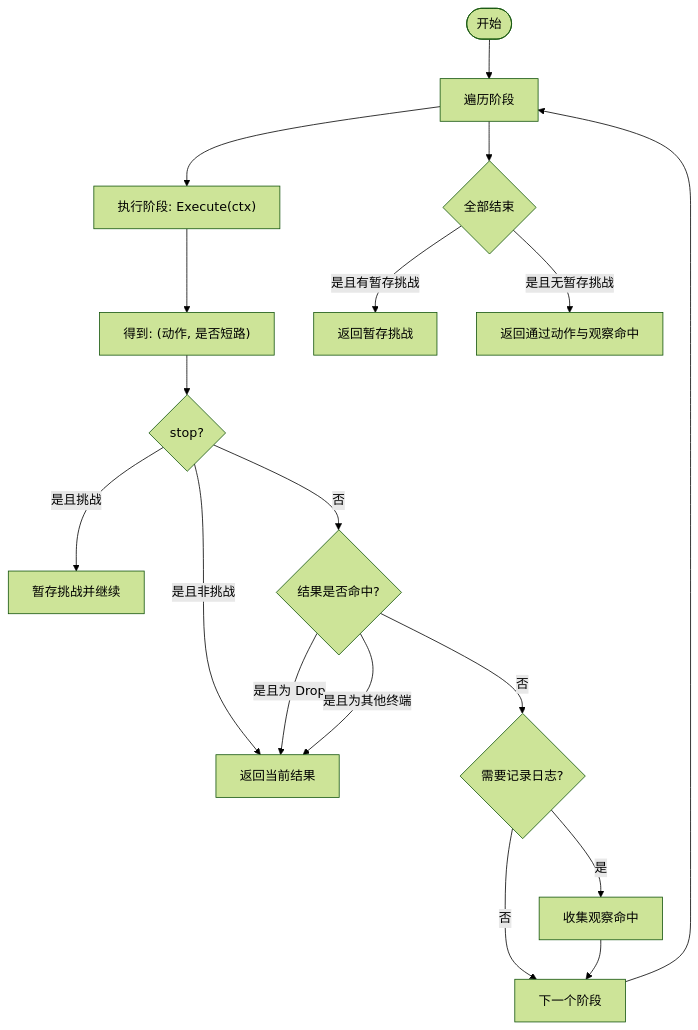
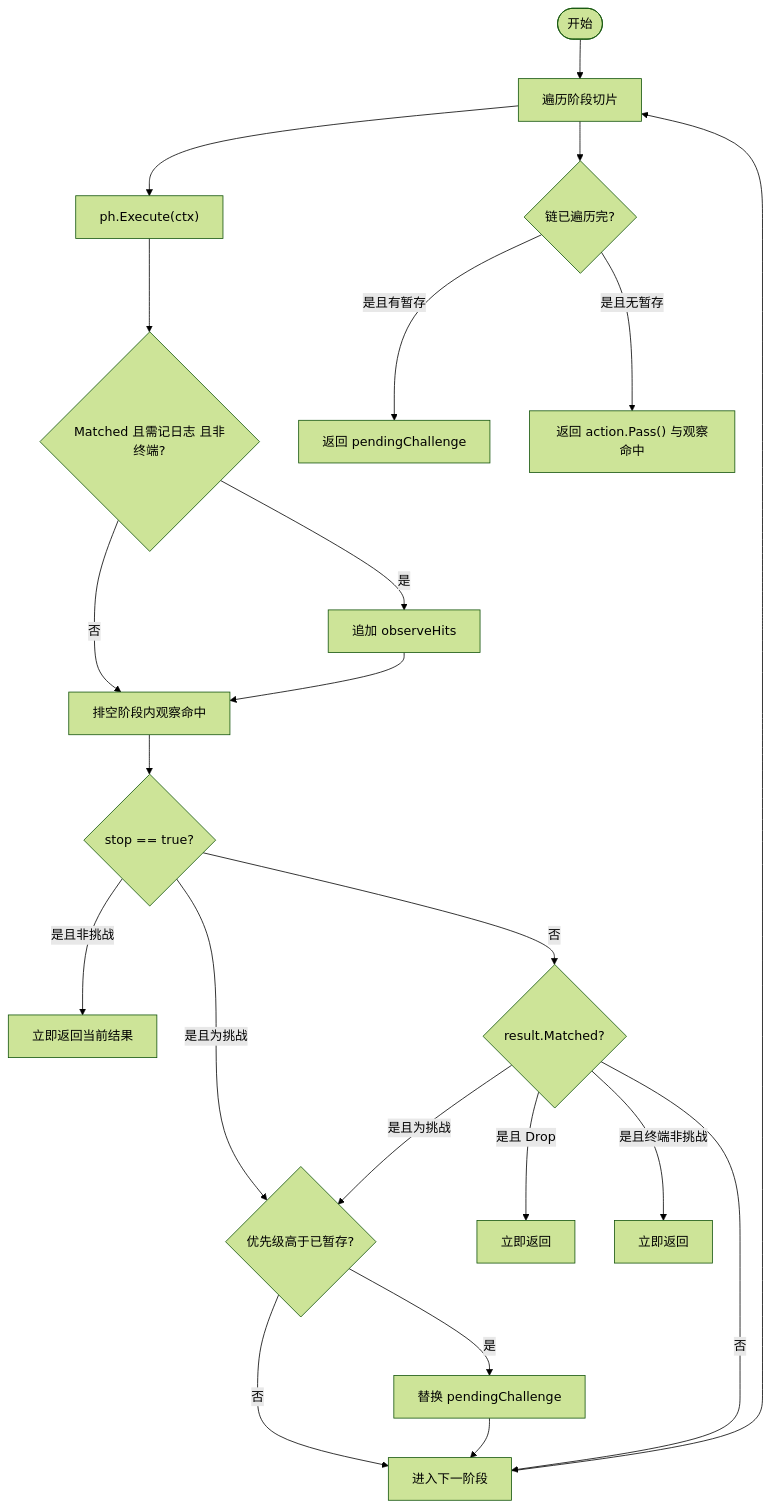
The fifth of 9 diagrams in docs/WAF 引擎系统/引擎核心架构/管道执行机制.md (x01n/My-OpenWaf), drawn with Mermaid (forest theme) before and after one commit. The commit also changed other lines of this file and 622 other files, not shown here.

````diff
--- a/docs/WAF 引擎系统/引擎核心架构/管道执行机制.md
+++ b/docs/WAF 引擎系统/引擎核心架构/管道执行机制.md
@@ -202,20 +319,24 @@
 ```mermaid
 flowchart TD
-Start(["开始"]) --> ForEach["遍历阶段"]
-ForEach --> Exec["执行阶段: Execute(ctx)"]
-Exec --> Result["得到: (动作, 是否短路)"]
-Result --> Short{"stop?"}
-Short --> |是且非挑战| ReturnInt["返回当前结果"]
-Short --> |是且挑战| Hold["暂存挑战并继续"]
-Short --> |否| Matched{"结果是否命中?"}
-Matched --> |是且为 Drop| ReturnInt
-Matched --> |是且为其他终端| ReturnInt
-Matched --> |否| Log{"需要记录日志?"}
-Log --> |是| Collect["收集观察命中"]
-Log --> |否| Next["下一个阶段"]
-Collect --> Next
+Start(["开始"]) --> ForEach["遍历阶段切片"]
+ForEach --> Exec["ph.Execute(ctx)"]
+Exec --> Collect{"Matched 且需记日志 且非终端?"}
+Collect --> |是| Append["追加 observeHits"]
+Collect --> |否| Drain
+Append --> Drain["排空阶段内观察命中"]
+Drain --> Short{"stop == true?"}
+Short --> |是且非挑战| RetCur["立即返回当前结果"]
+Short --> |是且为挑战| Cmp{"优先级高于已暂存?"}
+Cmp --> |是| Hold["替换 pendingChallenge"]
+Cmp --> |否| Next
+Hold --> Next["进入下一阶段"]
+Short --> |否| Matched{"result.Matched?"}
+Matched --> |是且 Drop| RetDrop["立即返回"]
+Matched --> |是且终端非挑战| RetTerm["立即返回"]
+Matched --> |是且为挑战| Cmp
+Matched --> |否| Next
 Next --> ForEach
-ForEach --> Done{"全部结束"}
-Done --> |是且有暂存挑战| ReturnChallenge["返回暂存挑战"]
-Done --> |是且无暂存挑战| ReturnPass["返回通过动作与观察命中"]
+ForEach --> Tail{"链已遍历完?"}
+Tail --> |是且有暂存| RetCh["返回 pendingChallenge"]
+Tail --> |是且无暂存| RetPass["返回 action.Pass() 与观察命中"]
 ```
````
